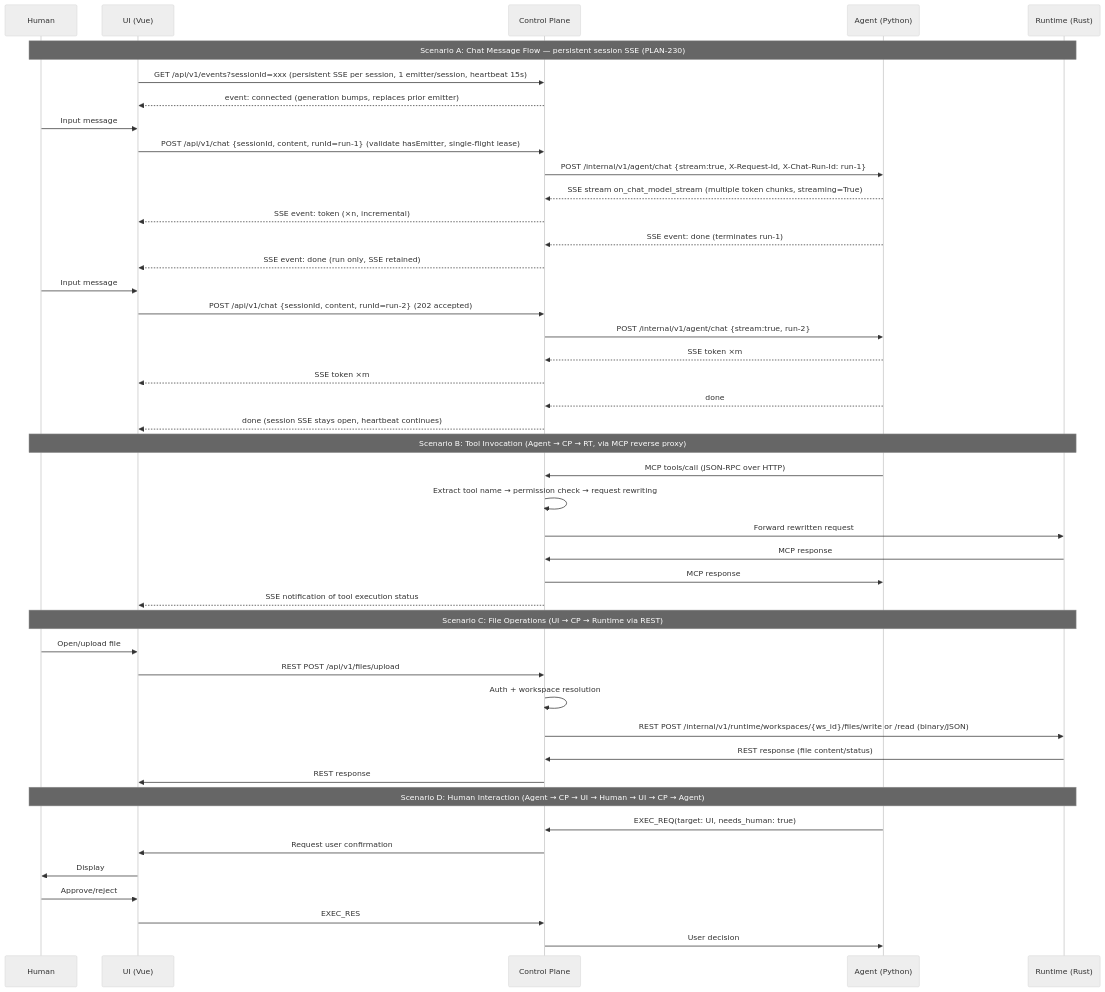
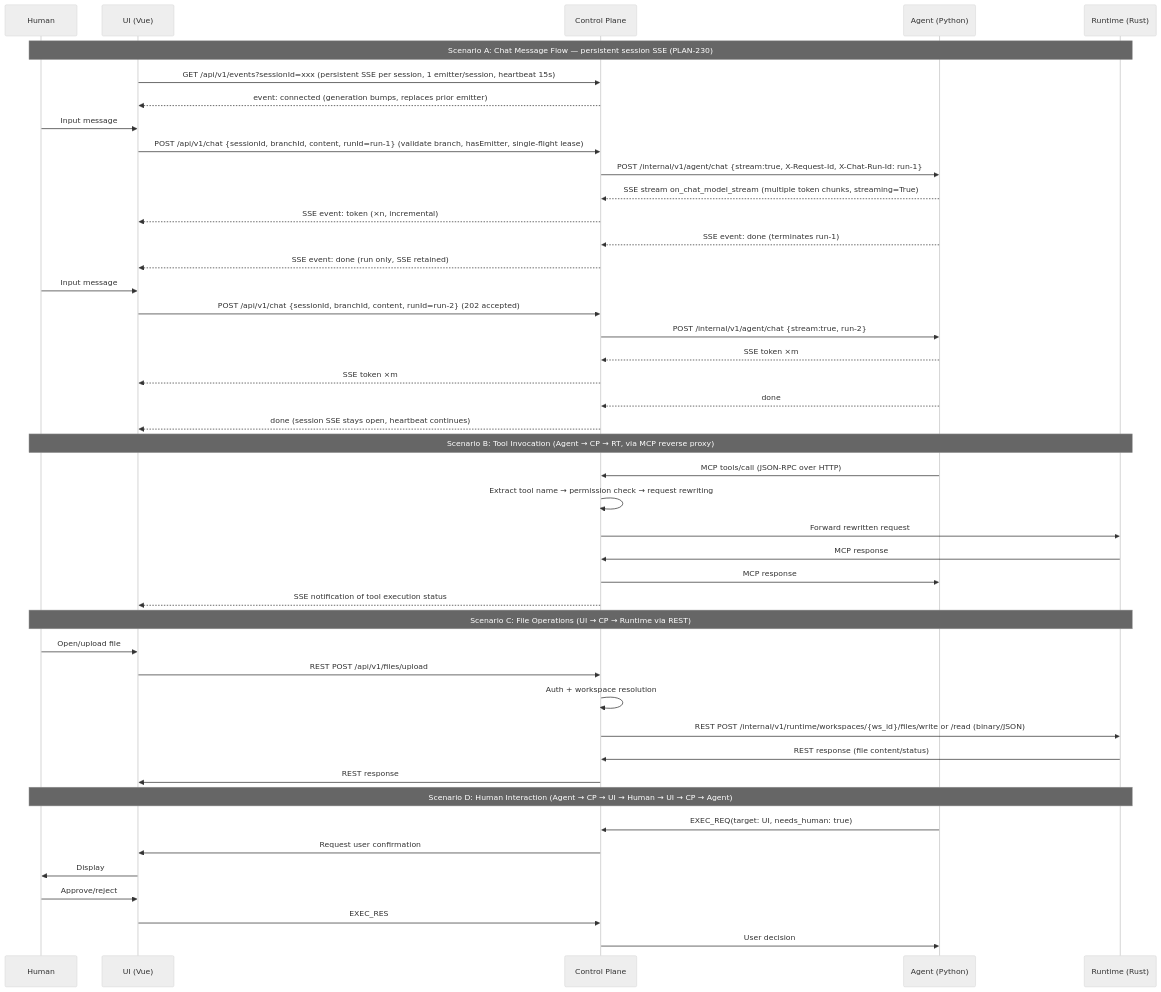
The first of 2 diagrams in docs/i18n/en/DEV-001-system-architecture.md (cc01cc/xihe-project), drawn with Mermaid before and after one commit. The commit also changed other lines of this file and 17 other files, not shown here.

````diff
--- a/docs/i18n/en/DEV-001-system-architecture.md
+++ b/docs/i18n/en/DEV-001-system-architecture.md
@@ -218,51 +218,51 @@
 ```mermaid
 %%{init: {'theme': 'neutral'}}%%
 sequenceDiagram
   participant Human
   participant UI as UI (Vue)
   participant CP as Control Plane
   participant Agent as Agent (Python)
   participant RT as Runtime (Rust)
 
   Note over Human,RT: Scenario A: Chat Message Flow — persistent session SSE (PLAN-230)
   UI->>CP: GET /api/v1/events?sessionId=xxx (persistent SSE per session, 1 emitter/session, heartbeat 15s)
   CP-->>UI: event: connected (generation bumps, replaces prior emitter)
   Human->>UI: Input message #1
-  UI->>CP: POST /api/v1/chat {sessionId, content, runId=run-1} (validate hasEmitter, single-flight lease)
+  UI->>CP: POST /api/v1/chat {sessionId, branchId, content, runId=run-1} (validate branch, hasEmitter, single-flight lease)
   CP->>Agent: POST /internal/v1/agent/chat {stream:true, X-Request-Id, X-Chat-Run-Id: run-1}
   Agent-->>CP: SSE stream on_chat_model_stream (multiple token chunks, streaming=True)
   CP-->>UI: SSE event: token (×n, incremental)
   Agent-->>CP: SSE event: done (terminates run-1)
   CP-->>UI: SSE event: done (run only, SSE retained)
   Human->>UI: Input message #2 (reuses same SSE, no reconnect needed)
-  UI->>CP: POST /api/v1/chat {sessionId, content, runId=run-2} (202 accepted)
+  UI->>CP: POST /api/v1/chat {sessionId, branchId, content, runId=run-2} (202 accepted)
   CP->>Agent: POST /internal/v1/agent/chat {stream:true, run-2}
   Agent-->>CP: SSE token ×m
   CP-->>UI: SSE token ×m
   Agent-->>CP: done
   CP-->>UI: done (session SSE stays open, heartbeat continues)
 
   Note over Human,RT: Scenario B: Tool Invocation (Agent → CP → RT, via MCP reverse proxy)
   Agent->>CP: MCP tools/call (JSON-RPC over HTTP)
   CP->>CP: Extract tool name → permission check → request rewriting
   CP->>RT: Forward rewritten request
   RT->>CP: MCP response
   CP->>Agent: MCP response
   CP-->>UI: SSE notification of tool execution status
 
   Note over Human,RT: Scenario C: File Operations (UI → CP → Runtime via REST)
   Human->>UI: Open/upload file
   UI->>CP: REST POST /api/v1/files/upload
   CP->>CP: Auth + workspace resolution
   CP->>RT: REST POST /internal/v1/runtime/workspaces/{ws_id}/files/write or /read (binary/JSON)
   RT->>CP: REST response (file content/status)
   CP->>UI: REST response
 
   Note over Human,RT: Scenario D: Human Interaction (Agent → CP → UI → Human → UI → CP → Agent)
   Agent->>CP: EXEC_REQ(target: UI, needs_human: true)
   CP->>UI: Request user confirmation
   UI->>Human: Display
   Human->>UI: Approve/reject
   UI->>CP: EXEC_RES
   CP->>Agent: User decision
 ```
````
